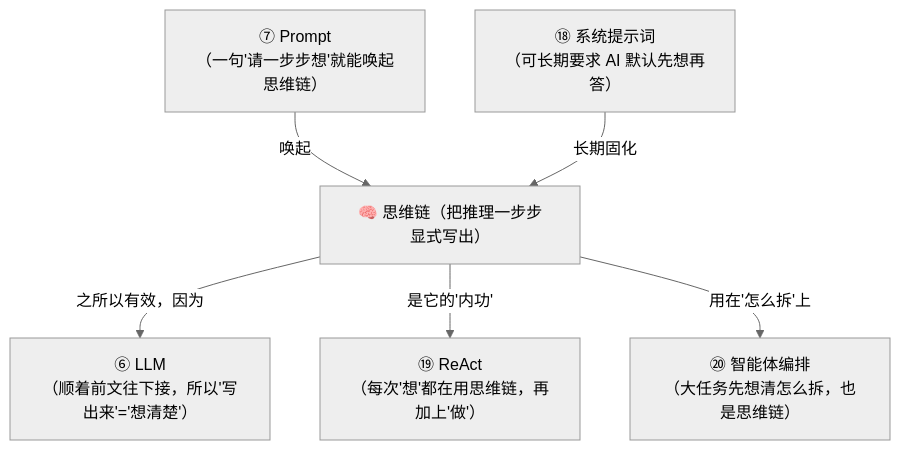
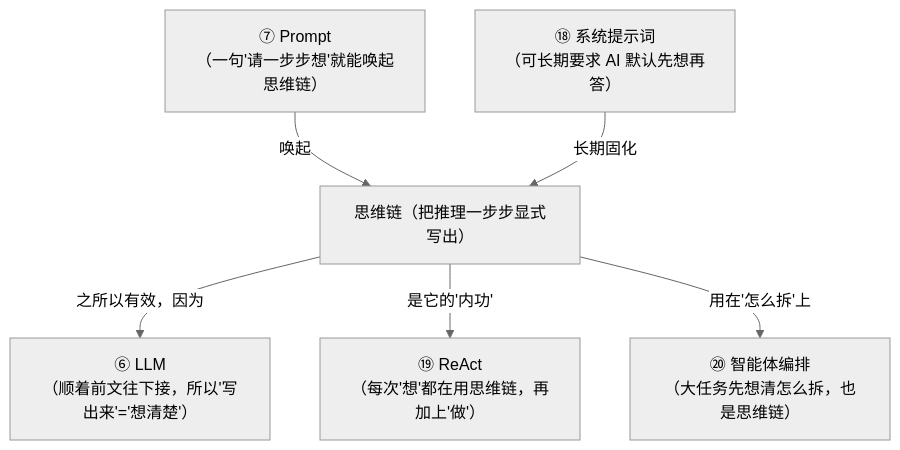
One commit to luckykhy/KhyAiHub changed the fifth of 5 diagrams in docs/02_CONCEPTS_概念入门/CONCEPT/[CONCEPT-21] 什么是思维链-ChainOfThought.md. Above: the diagram before and after it, drawn with Mermaid (neutral theme). The commit also changed other lines of this file, not shown here.

````diff
--- a/docs/02_CONCEPTS_概念入门/CONCEPT/[CONCEPT-21] 什么是思维链-ChainOfThought.md
+++ b/docs/02_CONCEPTS_概念入门/CONCEPT/[CONCEPT-21] 什么是思维链-ChainOfThought.md
@@ -262,14 +262,14 @@
 ```mermaid
 flowchart TB
-  COT["🧠 思维链（把推理一步步显式写出）"]
+  COT["思维链（把推理一步步显式写出）"]
   LLM["⑥ LLM<br/>（顺着前文往下接，所以'写出来'='想清楚'）"]
   PROMPT["⑦ Prompt<br/>（一句'请一步步想'就能唤起思维链）"]
   REACT["⑲ ReAct<br/>（每次'想'都在用思维链，再加上'做'）"]
   SYS["⑱ 系统提示词<br/>（可长期要求 AI 默认先想再答）"]
   ORCH["⑳ 智能体编排<br/>（大任务先想清怎么拆，也是思维链）"]
   PROMPT -->|"唤起"| COT
   COT -->|"之所以有效，因为"| LLM
   COT -->|"是它的'内功'"| REACT
   SYS -->|"长期固化"| COT
   COT -->|"用在'怎么拆'上"| ORCH
 ```
````
